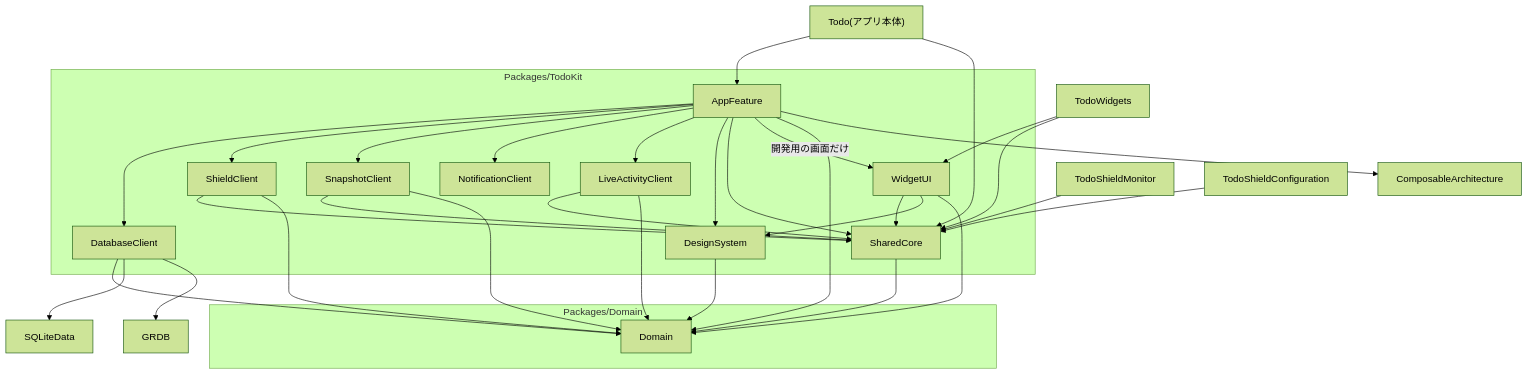
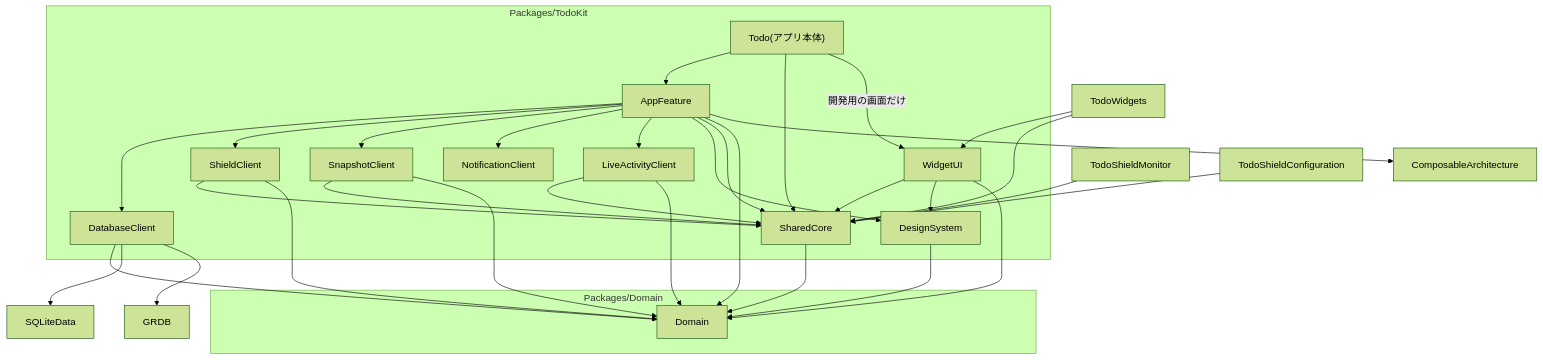
The first of 2 diagrams in docs/engineering/architecture.md (TaiyoYamada/todo), drawn with Mermaid (forest theme) before and after one commit. The commit also changed other lines of this file and 2 other files, not shown here.

````diff
--- a/docs/engineering/architecture.md
+++ b/docs/engineering/architecture.md
@@ -66,42 +66,42 @@
 ```mermaid
 flowchart TD
     App["Todo(アプリ本体)"] --> AppFeature
     App --> SharedCore
     Widgets["TodoWidgets"] --> WidgetUI
     Widgets --> SharedCore
     Monitor["TodoShieldMonitor"] --> SharedCore
     ShieldConfig["TodoShieldConfiguration"] --> SharedCore
 
     subgraph TodoKit["Packages/TodoKit"]
         AppFeature --> DatabaseClient
         AppFeature --> ShieldClient
         AppFeature --> SnapshotClient
         AppFeature --> NotificationClient
         AppFeature --> LiveActivityClient
         AppFeature --> DesignSystem
         AppFeature --> SharedCore
-        AppFeature -->|"開発用の画面だけ"| WidgetUI
+        App -->|"開発用の画面だけ"| WidgetUI
         ShieldClient --> SharedCore
         SnapshotClient --> SharedCore
         LiveActivityClient --> SharedCore
         WidgetUI --> SharedCore
         WidgetUI --> DesignSystem
     end
 
     subgraph DomainPackage["Packages/Domain"]
         Domain
     end
 
     AppFeature --> Domain
     DatabaseClient --> Domain
     ShieldClient --> Domain
     SnapshotClient --> Domain
     LiveActivityClient --> Domain
     WidgetUI --> Domain
     SharedCore --> Domain
     DesignSystem --> Domain
 
     AppFeature --> TCA["ComposableArchitecture"]
     DatabaseClient --> SQLiteData
     DatabaseClient --> GRDB
 ```
````
